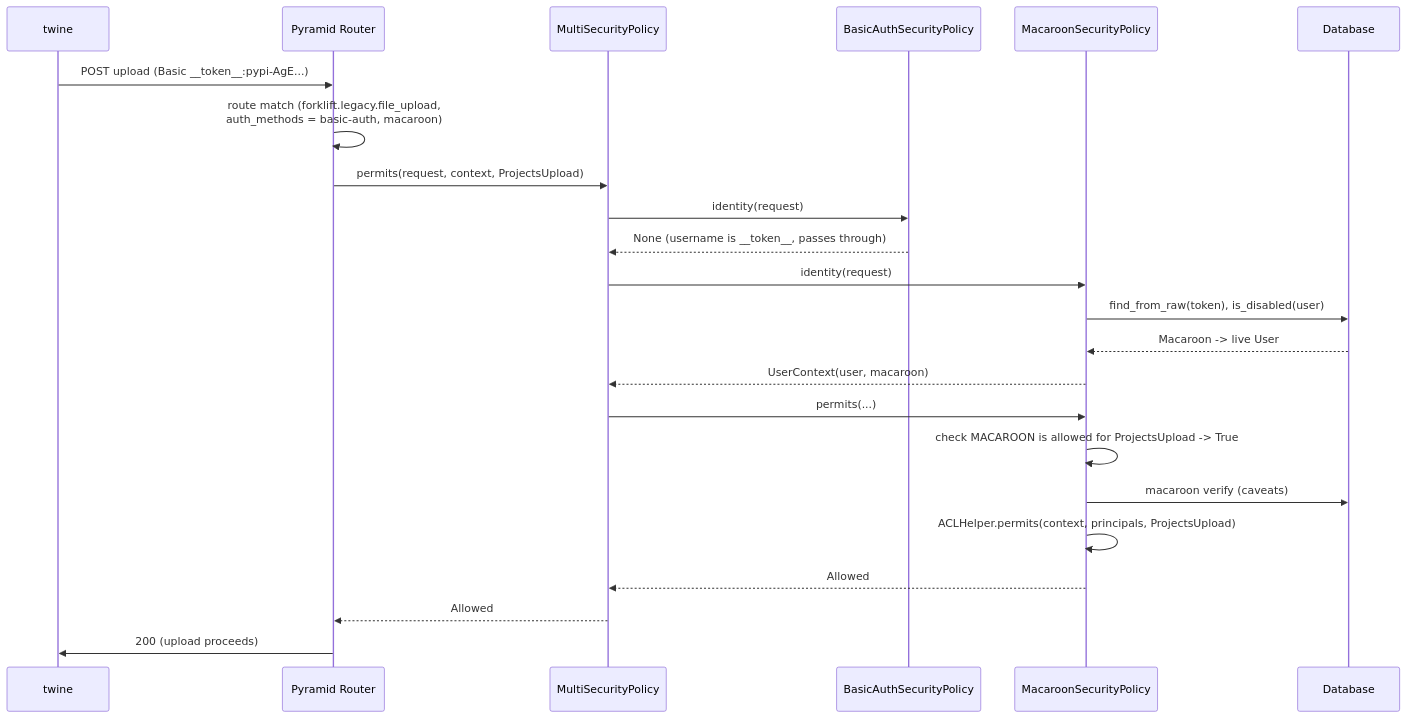
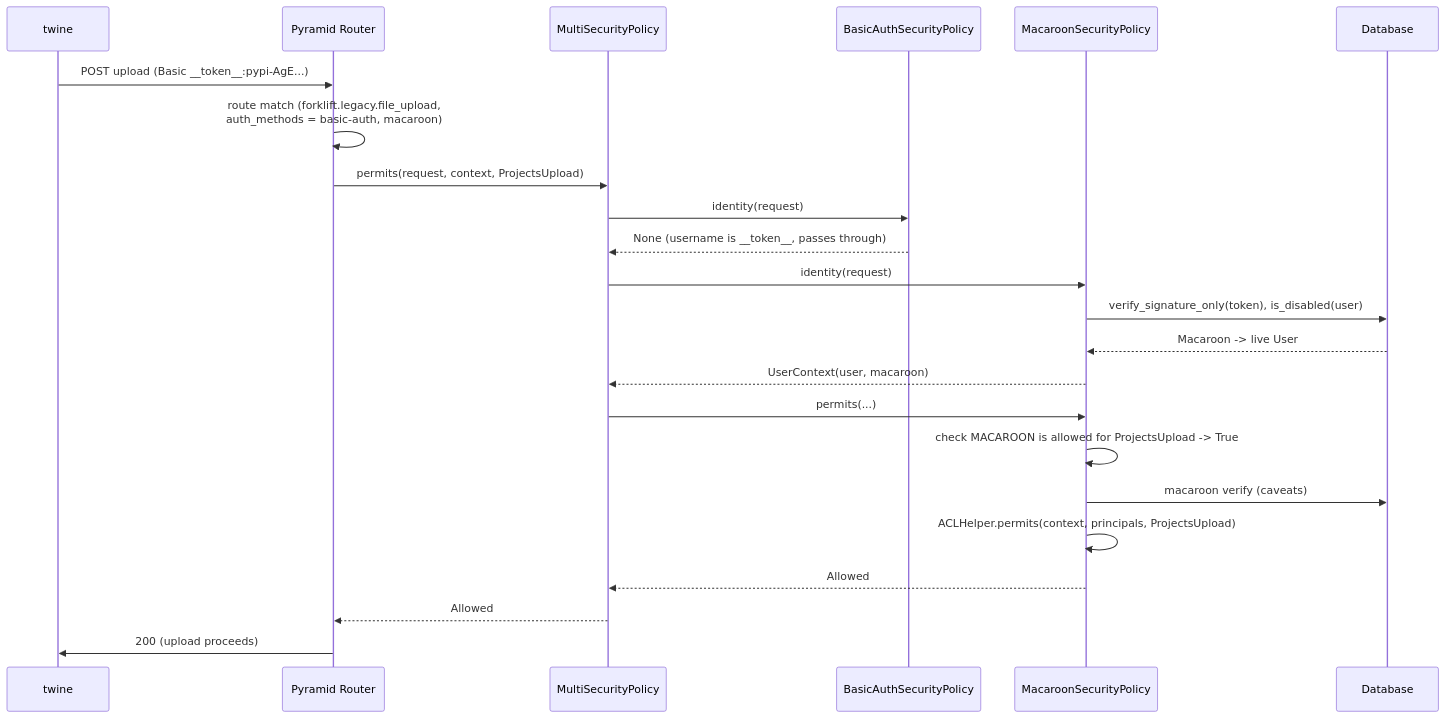
Before and after one commit to pypi/warehouse: the tenth of 10 diagrams in docs/dev/security/security-policy-flow.md, drawn with Mermaid. The commit also changed other lines of this file and 6 other files, not shown here.

````diff
--- a/docs/dev/security/security-policy-flow.md
+++ b/docs/dev/security/security-policy-flow.md
@@ -439,26 +439,26 @@
 ```mermaid
 sequenceDiagram
     participant T as twine
     participant R as Pyramid Router
     participant M as MultiSecurityPolicy
     participant BA as BasicAuthSecurityPolicy
     participant MP as MacaroonSecurityPolicy
     participant DB as Database
 
     T->>R: POST upload (Basic __token__:pypi-AgE...)
     R->>R: route match (forklift.legacy.file_upload,<br/>auth_methods = basic-auth, macaroon)
     R->>M: permits(request, context, ProjectsUpload)
     M->>BA: identity(request)
     BA-->>M: None (username is __token__, passes through)
     M->>MP: identity(request)
-    MP->>DB: find_from_raw(token), is_disabled(user)
+    MP->>DB: verify_signature_only(token), is_disabled(user)
     DB-->>MP: Macaroon -> live User
     MP-->>M: UserContext(user, macaroon)
     M->>MP: permits(...)
     MP->>MP: check MACAROON is allowed for ProjectsUpload -> True
     MP->>DB: macaroon verify (caveats)
     MP->>MP: ACLHelper.permits(context, principals, ProjectsUpload)
     MP-->>M: Allowed
     M-->>R: Allowed
     R->>T: 200 (upload proceeds)
 ```
````
